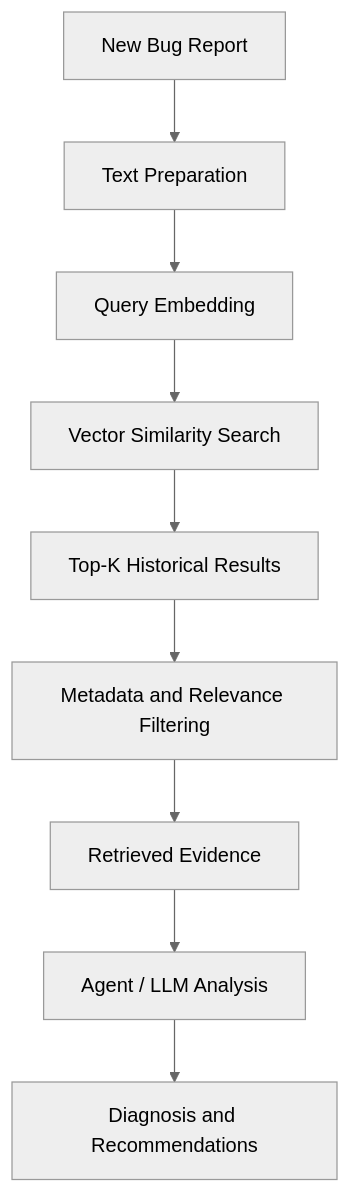
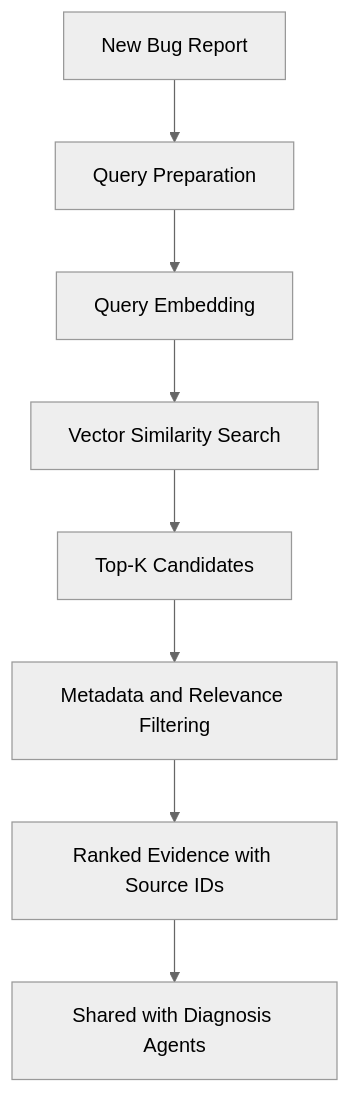
Before and after one commit to Mokshsaini7/intelligent-bug-diagnosis-platform: the fourth of 4 diagrams in README.md, drawn with Mermaid (neutral theme). The commit also changed other lines of this file, not shown here.

````diff
--- a/README.md
+++ b/README.md
@@ -346,11 +394,10 @@
 ```mermaid
 flowchart TD
-    A["New Bug Report"] --> B["Text Preparation"]
+    A["New Bug Report"] --> B["Query Preparation"]
     B --> C["Query Embedding"]
     C --> D["Vector Similarity Search"]
-    D --> E["Top-K Historical Results"]
+    D --> E["Top-K Candidates"]
     E --> F["Metadata and Relevance Filtering"]
-    F --> G["Retrieved Evidence"]
-    G --> H["Agent / LLM Analysis"]
-    H --> I["Diagnosis and Recommendations"]
+    F --> G["Ranked Evidence with Source IDs"]
+    G --> H["Shared with Diagnosis Agents"]
 ```
````
